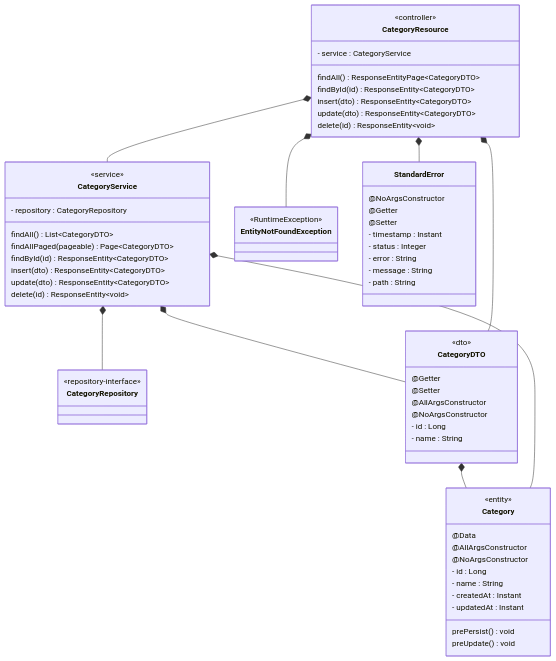
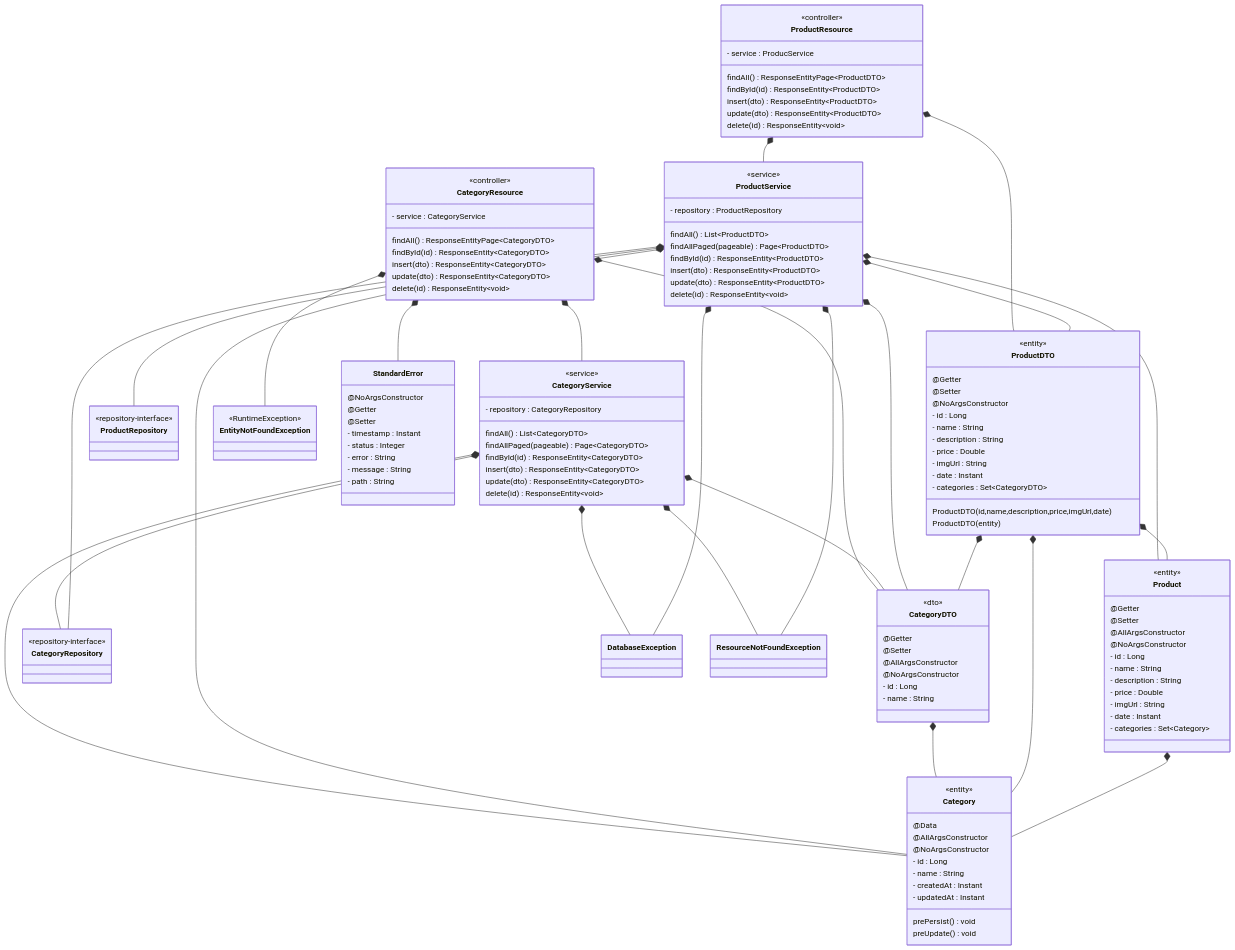
One commit to jocile/catalog changed the first of 2 diagrams in docs/diagrams/README.md. Above: the diagram before and after it, drawn with Mermaid. The commit also changed other lines of this file, not shown here.

Commit message:
:pencil docs: readme updated

````diff
--- a/docs/diagrams/README.md
+++ b/docs/diagrams/README.md
@@ -5,5 +5,56 @@
 ```mermaid
 classDiagram
+    class Product{
+        <<entity>>
+        @Getter
+        @Setter
+        @AllArgsConstructor
+        @NoArgsConstructor
+        - id : Long
+        - name : String
+        - description : String
+        - price : Double
+        - imgUrl : String
+        - date : Instant
+        - categories : Set~Category~        
+    }
+    class ProductDTO{
+        <<entity>>
+        @Getter
+        @Setter
+        @NoArgsConstructor
+        - id : Long
+        - name : String
+        - description : String
+        - price : Double
+        - imgUrl : String
+        - date : Instant
+        - categories : Set~CategoryDTO~
+        ProductDTO(id,name,description,price,imgUrl,date)
+        ProductDTO(entity)
+    }
+    class ProductRepository{
+        <<repository-interface>>
+    }
+    class ProductResource{
+        <<controller>>
+        - service : ProducService
+        findAll() ResponseEntityPage~ProductDTO~
+        findById(id) ResponseEntity~ProductDTO~
+        insert(dto) ResponseEntity~ProductDTO~
+        update(dto) ResponseEntity~ProductDTO~
+        delete(id) ResponseEntity~void~
+    }
+    class ProductService{
+        <<service>>
+        - repository : ProductRepository
+        findAll() List~ProductDTO~
+        findAllPaged(pageable) Page~ProductDTO~
+        findById(id) ResponseEntity~ProductDTO~
+        insert(dto) ResponseEntity~ProductDTO~
+        update(dto) ResponseEntity~ProductDTO~
+        delete(id) ResponseEntity~void~
+    }
     class Category{
         <<entity>>
         @Data
@@ -60,10 +111,26 @@
       - message : String
       - path : String
     }
+    Product *-- Category
+    ProductDTO *-- CategoryDTO
+    ProductDTO *-- Product
+    ProductDTO *-- Category
     CategoryDTO *-- Category
+    ProductService *-- Category
+    ProductService *-- Product
+    ProductService *-- CategoryDTO
+    ProductService *-- ProductDTO
+    ProductService *-- CategoryRepository
+    ProductService *-- ProductRepository
+    ProductService *-- DatabaseException
+    ProductService *-- ResourceNotFoundException
+    ProductResource *-- ProductDTO
+    ProductResource *-- ProductService
     CategoryService *-- Category
     CategoryService *-- CategoryDTO
-    CategoryService *-- CategoryRepository    
+    CategoryService *-- CategoryRepository
+    CategoryService *-- DatabaseException
+    CategoryService *-- ResourceNotFoundException
     CategoryResource *-- CategoryDTO
     CategoryResource *-- CategoryService
     CategoryResource *-- EntityNotFoundException
````
